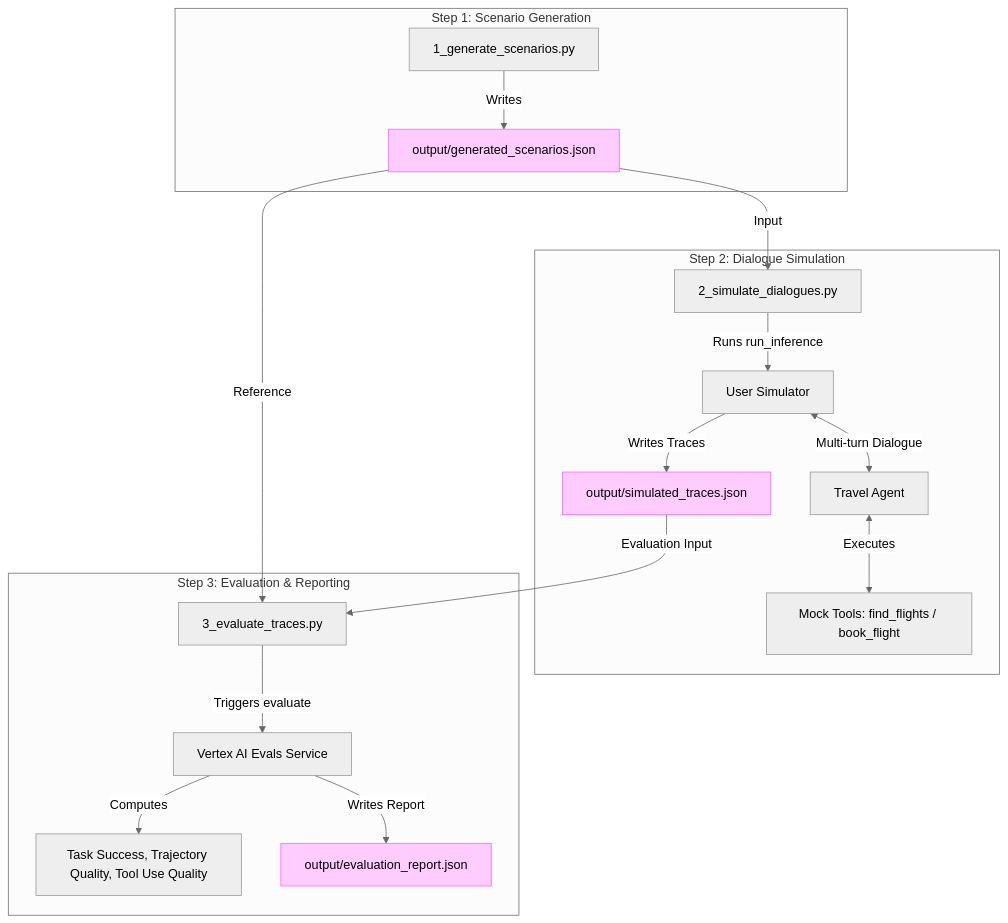
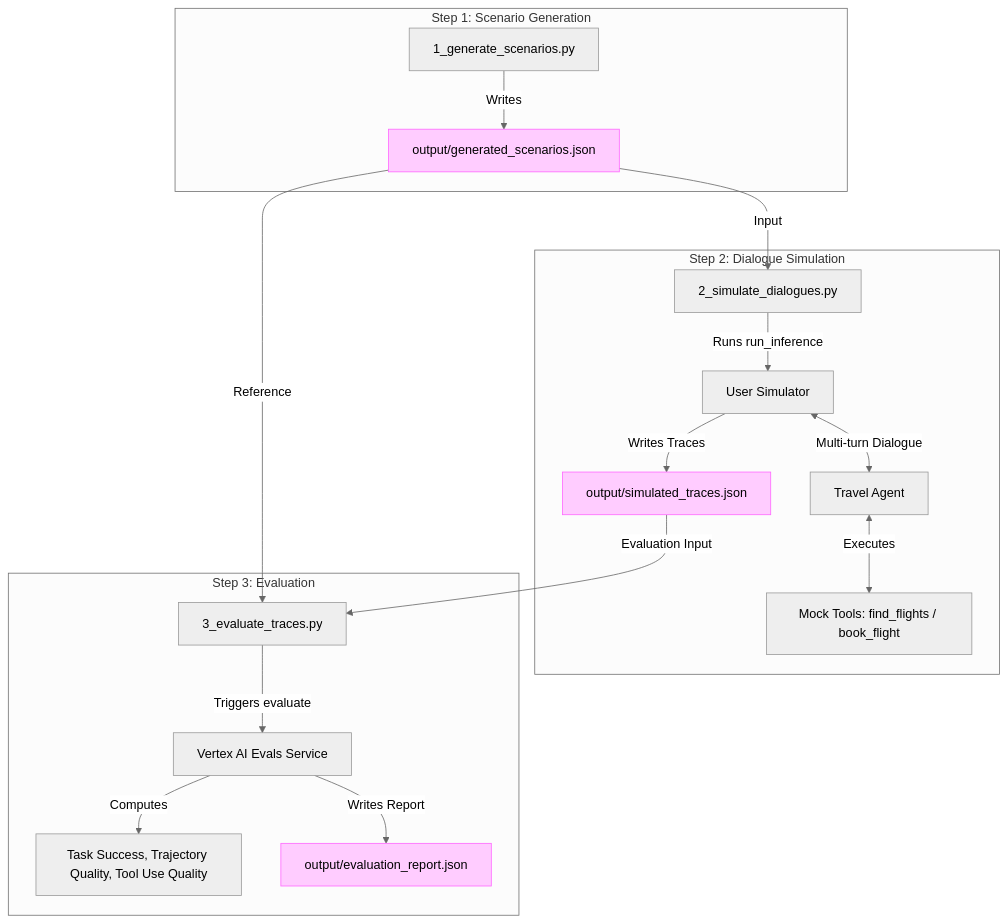
The diagram in README.md (hning86/adk_agent_evaluation), drawn with Mermaid (neutral theme) before and after one commit.

Commit message:
Update Step 3 header in README diagram

````diff
--- a/README.md
+++ b/README.md
@@ -19,25 +19,25 @@
 ```mermaid
 graph TD
     subgraph Step 1: Scenario Generation
         S1[1_generate_scenarios.py] -->|Writes| Scen[output/generated_scenarios.json]
     end
 
     subgraph Step 2: Dialogue Simulation
         Scen -->|Input| S2[2_simulate_dialogues.py]
         S2 -->|Runs run_inference| Sim[User Simulator]
         Sim <-->|Multi-turn Dialogue| TA[Travel Agent]
         TA <-->|Executes| Tools[Mock Tools: find_flights / book_flight]
         Sim -->|Writes Traces| Traces[output/simulated_traces.json]
     end
 
-    subgraph Step 3: Evaluation & Reporting
+    subgraph Step 3: Evaluation
         Scen -->|Reference| S3[3_evaluate_traces.py]
         Traces -->|Evaluation Input| S3
         S3 -->|Triggers evaluate| Evals[Vertex AI Evals Service]
         Evals -->|Computes| Metrics[Task Success, Trajectory Quality, Tool Use Quality]
         Evals -->|Writes Report| Report[output/evaluation_report.json]
     end
 
     classDef files fill:#fcf,stroke:#f6f,stroke-width:1px;
     class Scen,Traces,Report files;
 ```
````
